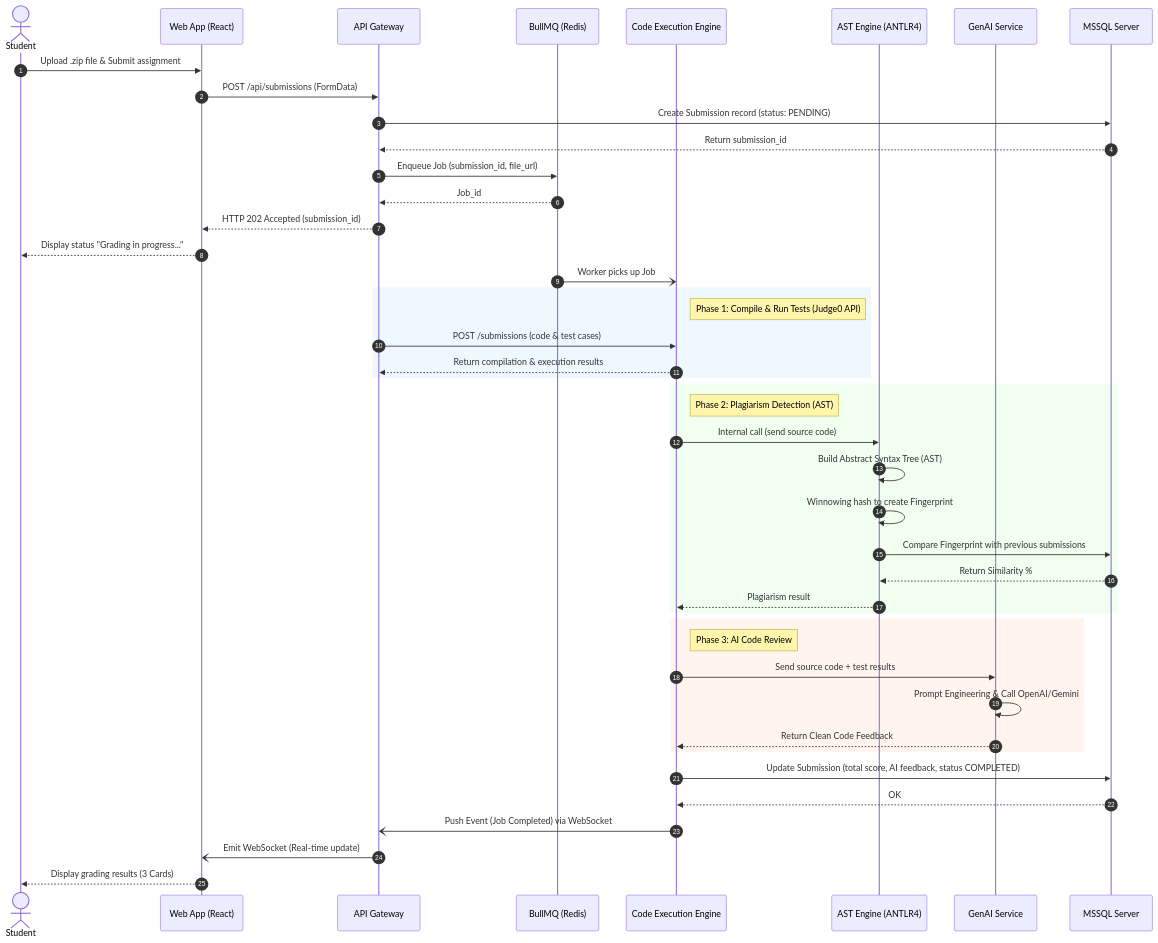
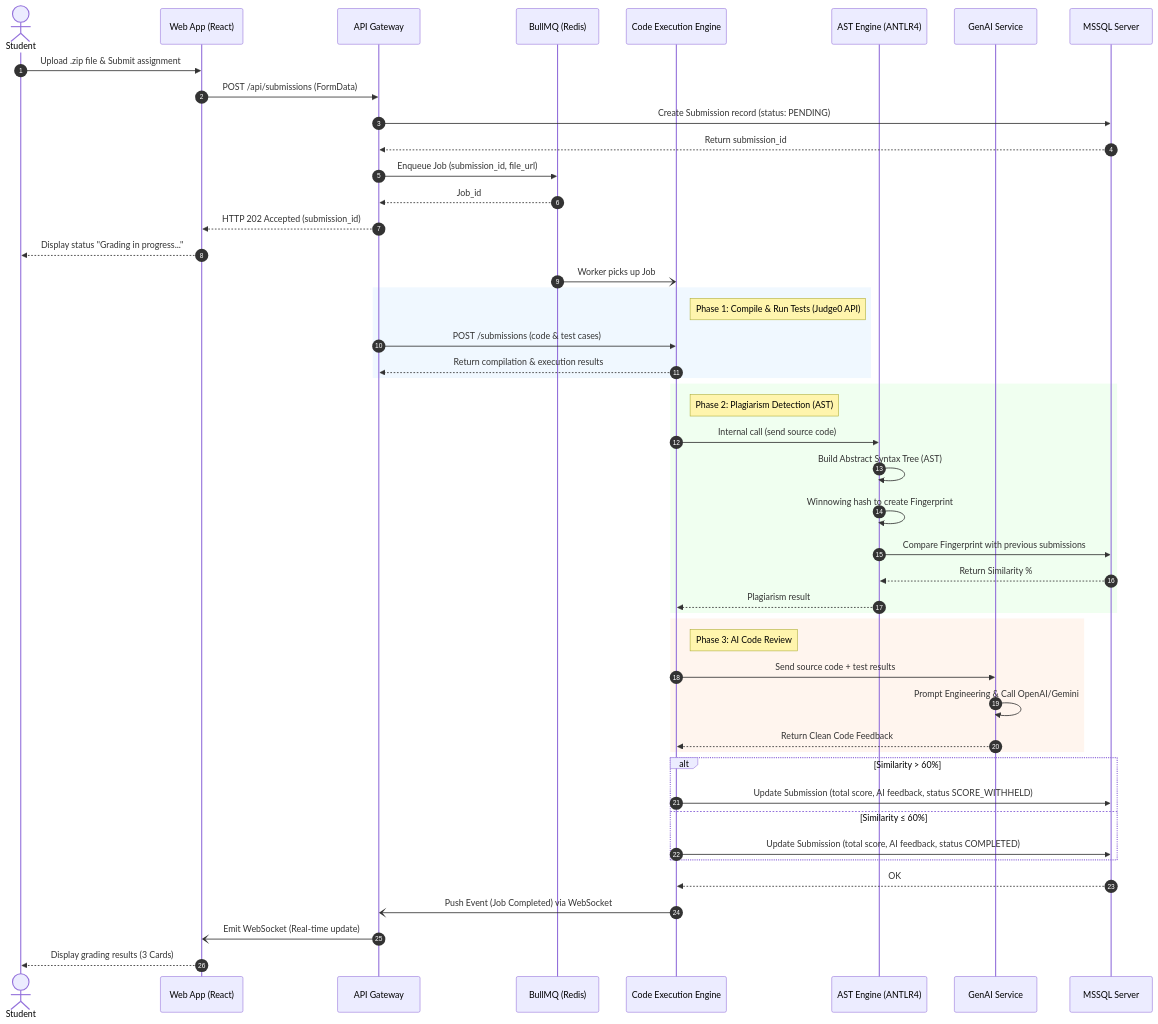
One commit to qucthih/SWP391_Group3 changed the fifth of 10 diagrams in docs/01_SRS/AITA_SRS_Document_v1.2_final.md. Above: the diagram before and after it, drawn with Mermaid. The commit also changed other lines of this file and 1 other file, not shown here.

````diff
--- a/docs/01_SRS/AITA_SRS_Document_v1.2_final.md
+++ b/docs/01_SRS/AITA_SRS_Document_v1.2_final.md
@@ -348,55 +353,59 @@
 ```mermaid
 sequenceDiagram
     autonumber
     actor Student
     participant WebApp as Web App (React)
     participant Gateway as API Gateway
     participant Redis as BullMQ (Redis)
     participant Sandbox as Code Execution Engine
     participant AST as AST Engine (ANTLR4)
     participant AI as GenAI Service
     participant DB as MSSQL Server
 
     Student->>WebApp: Upload .zip file & Submit assignment
     WebApp->>Gateway: POST /api/submissions (FormData)
     
     Gateway->>DB: Create Submission record (status: PENDING)
     DB-->>Gateway: Return submission_id
     
     Gateway->>Redis: Enqueue Job (submission_id, file_url)
     Redis-->>Gateway: Job_id
     Gateway-->>WebApp: HTTP 202 Accepted (submission_id)
     WebApp-->>Student: Display status "Grading in progress..."
 
     Redis-)Sandbox: Worker picks up Job
     
     rect rgb(240, 248, 255)
         note right of Sandbox: Phase 1: Compile & Run Tests (Judge0 API)
         Gateway->>Sandbox: POST /submissions (code & test cases)
         Sandbox-->>Gateway: Return compilation & execution results
     end
 
     rect rgb(240, 255, 240)
         note right of Sandbox: Phase 2: Plagiarism Detection (AST)
         Sandbox->>AST: Internal call (send source code)
         AST->>AST: Build Abstract Syntax Tree (AST)
         AST->>AST: Winnowing hash to create Fingerprint
         AST->>DB: Compare Fingerprint with previous submissions
         DB-->>AST: Return Similarity %
         AST-->>Sandbox: Plagiarism result
     end
 
     rect rgb(255, 245, 238)
         note right of Sandbox: Phase 3: AI Code Review
         Sandbox->>AI: Send source code + test results
         AI->>AI: Prompt Engineering & Call OpenAI/Gemini
         AI-->>Sandbox: Return Clean Code Feedback
     end
 
-    Sandbox->>DB: Update Submission (total score, AI feedback, status COMPLETED)
+    alt Similarity > 60%
+        Sandbox->>DB: Update Submission (total score, AI feedback, status SCORE_WITHHELD)
+    else Similarity ≤ 60%
+        Sandbox->>DB: Update Submission (total score, AI feedback, status COMPLETED)
+    end
     DB-->>Sandbox: OK
     
     Sandbox-)Gateway: Push Event (Job Completed) via WebSocket
     Gateway-)WebApp: Emit WebSocket (Real-time update)
     WebApp-->>Student: Display grading results (3 Cards)
 ```
````
